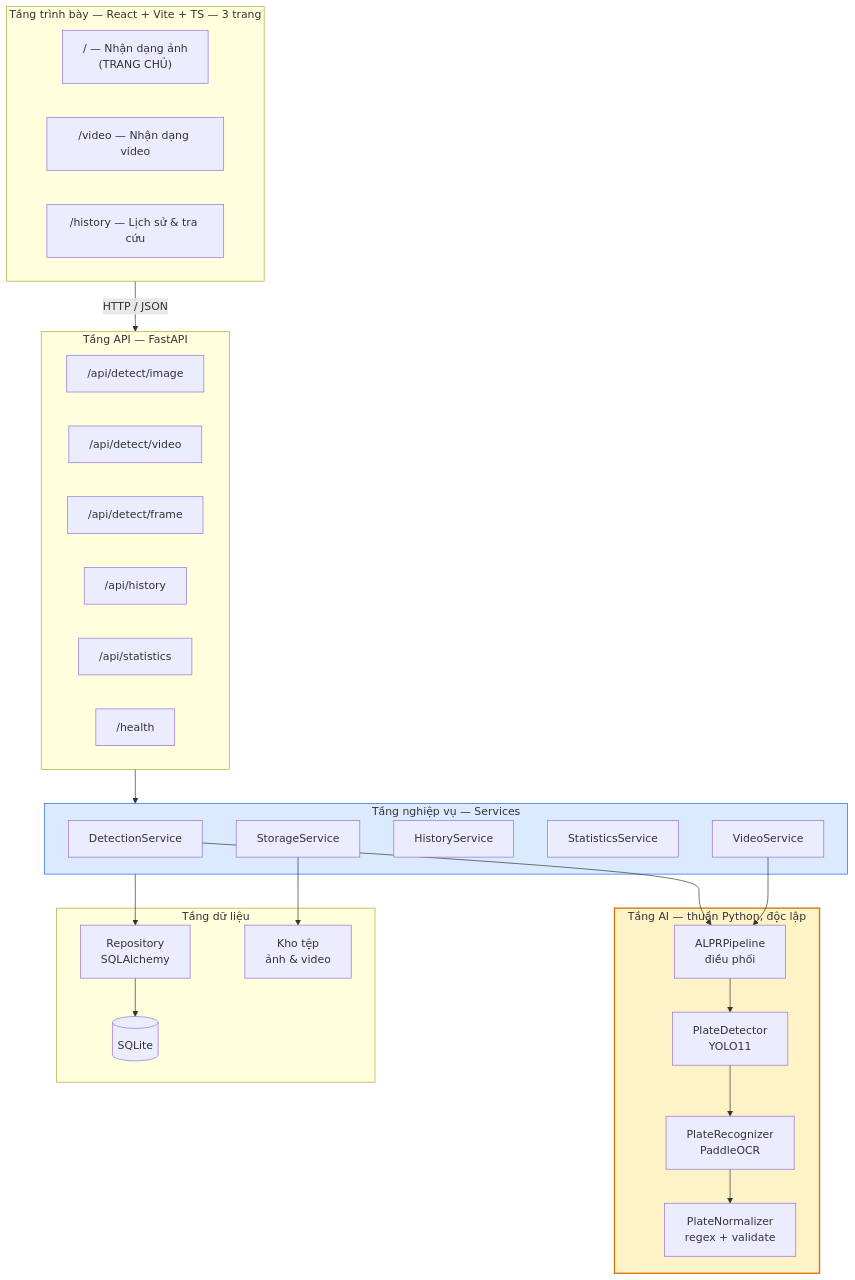
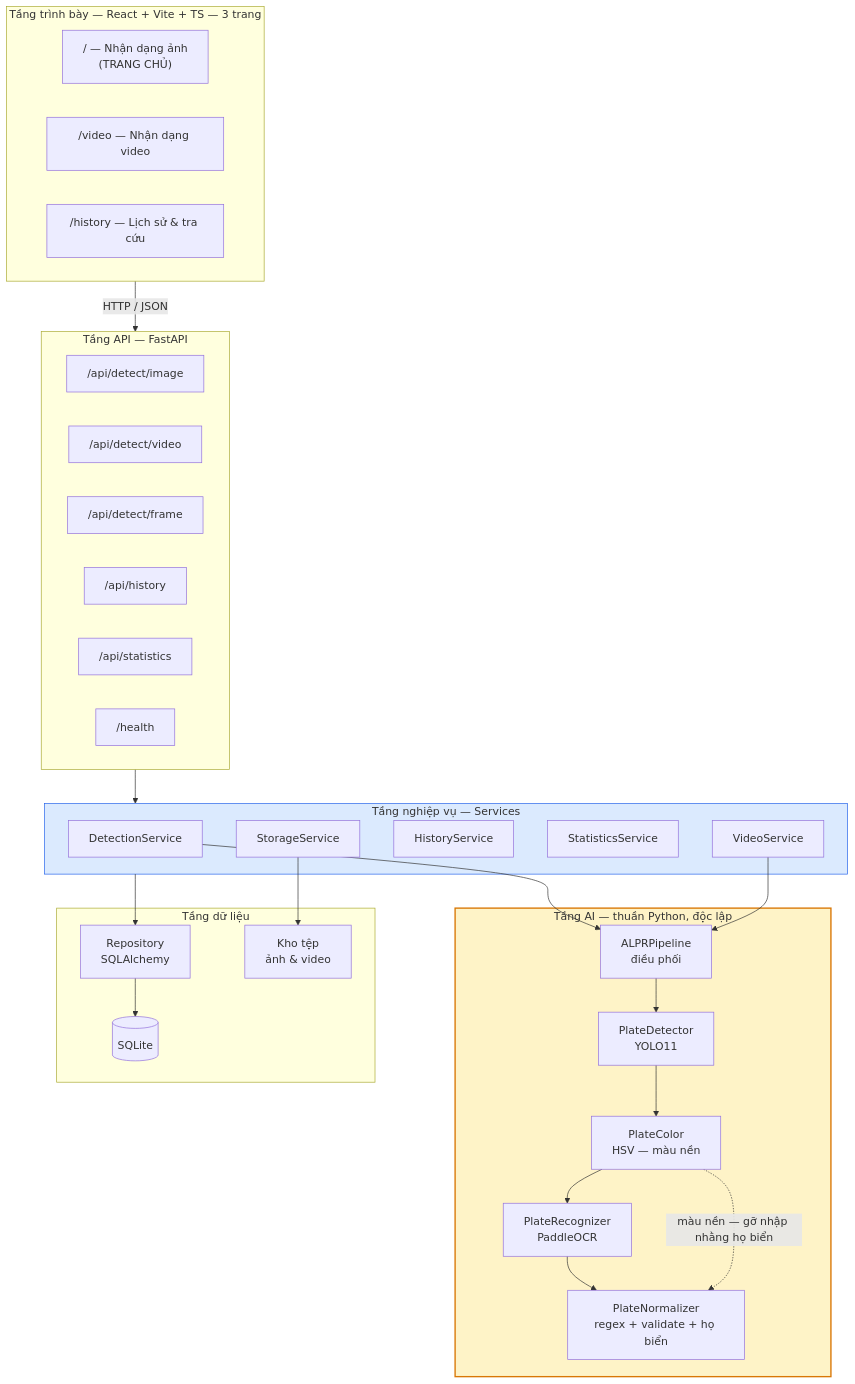
Before and after one commit to hieunguyen2604/alpr-do-an-mon-hoc: the first of 5 diagrams in docs/architecture/system-architecture.md, drawn with Mermaid. The commit also changed other lines of this file and 67 other files, not shown here.

````diff
--- a/docs/architecture/system-architecture.md
+++ b/docs/architecture/system-architecture.md
@@ -31,49 +31,51 @@
 ```mermaid
 graph TB
     subgraph L1["Tầng trình bày — React + Vite + TS — 3 trang"]
         UI2["/ — Nhận dạng ảnh<br/>(TRANG CHỦ)"]
         UI3["/video — Nhận dạng video"]
         UI5["/history — Lịch sử & tra cứu"]
     end
 
     subgraph L2["Tầng API — FastAPI"]
         R1["/api/detect/image"]
         R2["/api/detect/video"]
         R3["/api/detect/frame"]
         R4["/api/history"]
         R5["/api/statistics"]
         R6["/health"]
     end
 
     subgraph L3["Tầng nghiệp vụ — Services"]
         S1[DetectionService]
         S2[VideoService]
         S3[HistoryService]
         S4[StatisticsService]
         S5[StorageService]
     end
 
     subgraph L4["Tầng AI — thuần Python, độc lập"]
         A1[PlateDetector<br/>YOLO11]
+        A5[PlateColor<br/>HSV — màu nền]
         A2[PlateRecognizer<br/>PaddleOCR]
-        A3[PlateNormalizer<br/>regex + validate]
+        A3[PlateNormalizer<br/>regex + validate + họ biển]
         A4[ALPRPipeline<br/>điều phối]
     end
 
     subgraph L5["Tầng dữ liệu"]
         D1[(SQLite)]
         D2[Repository<br/>SQLAlchemy]
         D3[Kho tệp<br/>ảnh & video]
     end
 
     L1 -->|HTTP / JSON| L2
     L2 --> L3
     S1 --> A4
     S2 --> A4
-    A4 --> A1 --> A2 --> A3
+    A4 --> A1 --> A5 --> A2 --> A3
+    A5 -.->|"màu nền — gỡ nhập nhằng họ biển"| A3
     L3 --> D2 --> D1
     S5 --> D3
 
     style L4 fill:#fef3c7,stroke:#d97706,stroke-width:2px
     style L3 fill:#dbeafe,stroke:#2563eb
 ```
````
